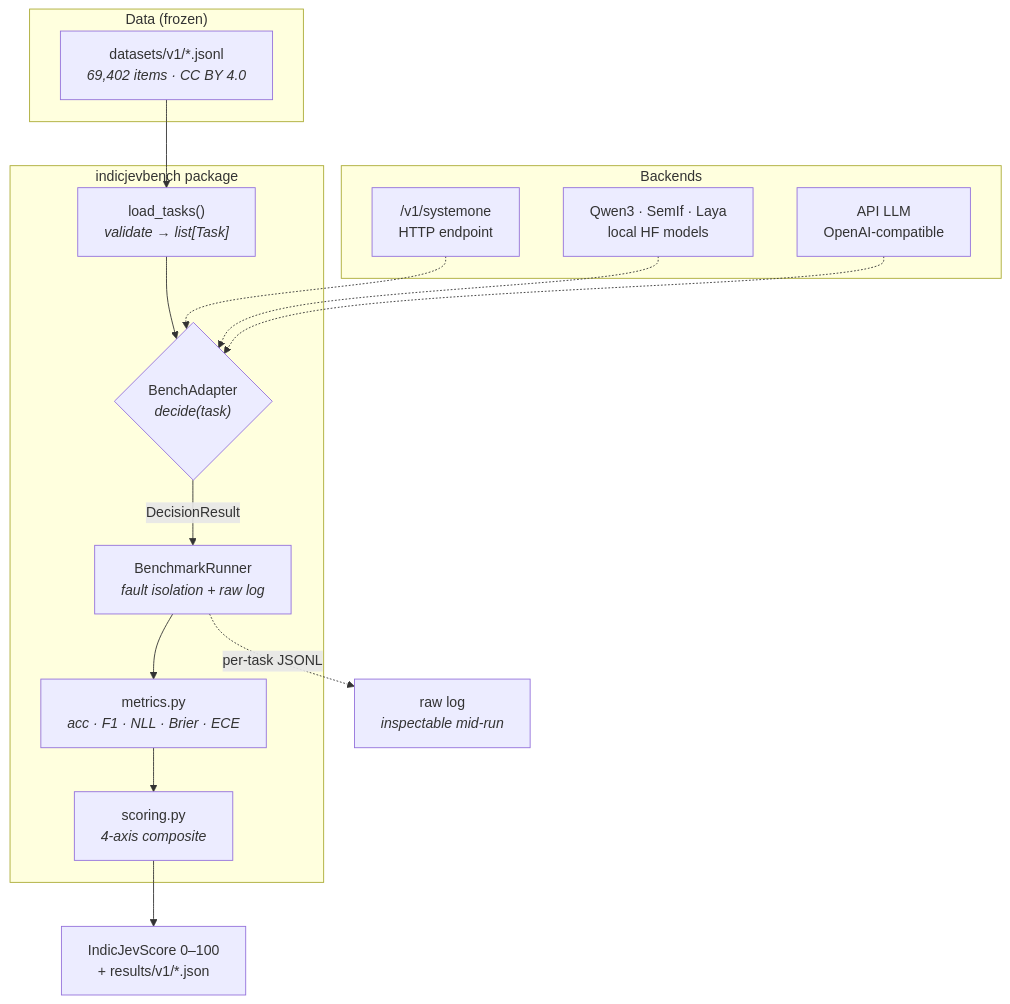
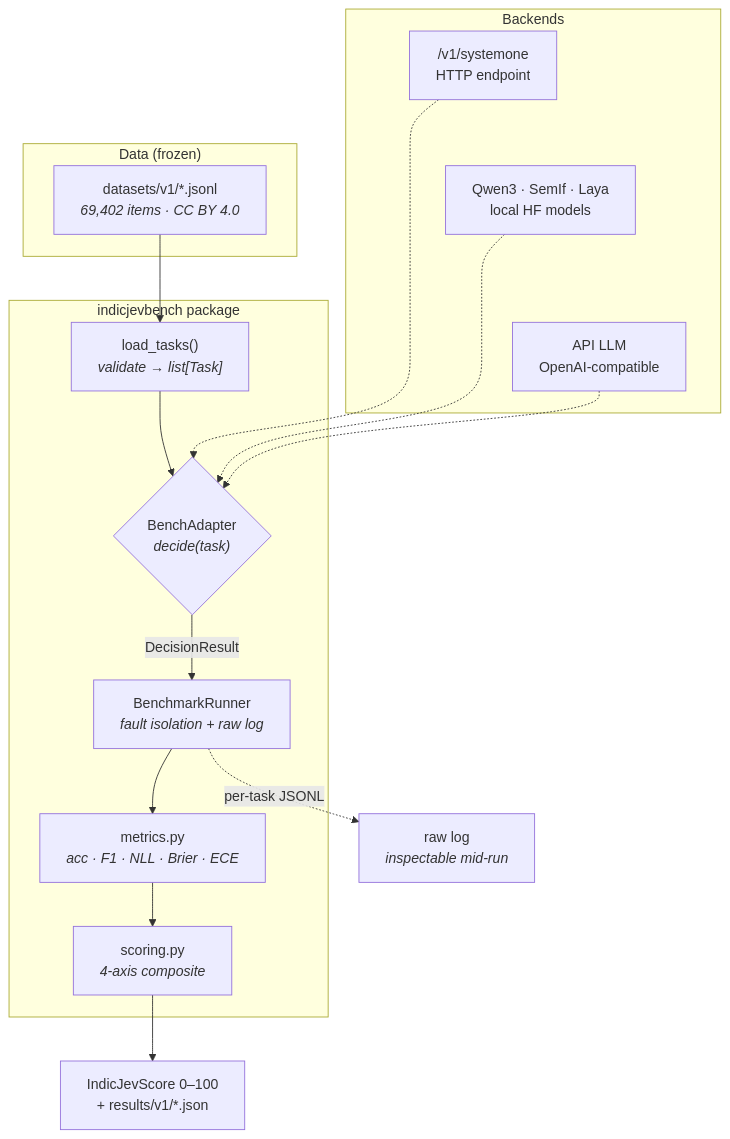
Before and after one commit to CMUL8/IndicJevBench: the diagram in README.md, drawn with Mermaid.

Commit message:
docs: force backends subgraph vertical in pipeline diagram
Mermaid fans siblings sharing one target into a horizontal row even under
TD; invisible ~~~ chain between G/H/I forces the top-down stack.

````diff
--- a/README.md
+++ b/README.md
@@ -28,27 +28,30 @@
 ```mermaid
 flowchart TD
     subgraph data["Data (frozen)"]
         A["datasets/v1/*.jsonl<br/><i>69,402 items · CC BY 4.0</i>"]
     end
 
     subgraph harness["indicjevbench package"]
         B["load_tasks()<br/><i>validate → list[Task]</i>"]
         C{"BenchAdapter<br/><i>decide(task)</i>"}
         D["BenchmarkRunner<br/><i>fault isolation + raw log</i>"]
         E["metrics.py<br/><i>acc · F1 · NLL · Brier · ECE</i>"]
         F["scoring.py<br/><i>4-axis composite</i>"]
     end
 
     subgraph backends["Backends"]
         G["/v1/systemone<br/>HTTP endpoint"]
         H["Qwen3 · SemIf · Laya<br/>local HF models"]
         I["API LLM<br/>OpenAI-compatible"]
     end
 
     OUT["IndicJevScore 0–100<br/>+ results/v1/*.json"]
 
     A --> B --> C
-    G & H & I -.-> C
+    G -.-> C
+    H -.-> C
+    I -.-> C
+    G ~~~ H ~~~ I
     C -->|DecisionResult| D --> E --> F --> OUT
     D -.->|per-task JSONL| R["raw log<br/><i>inspectable mid-run</i>"]
 ```
````
